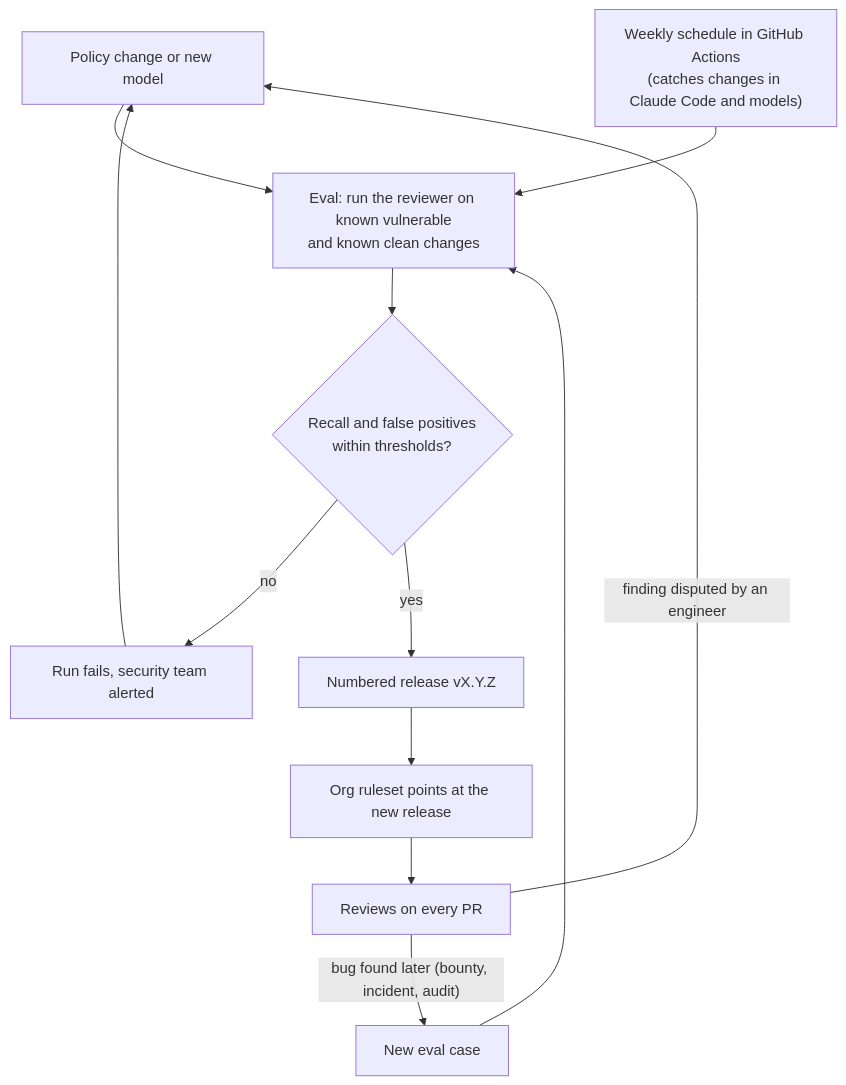
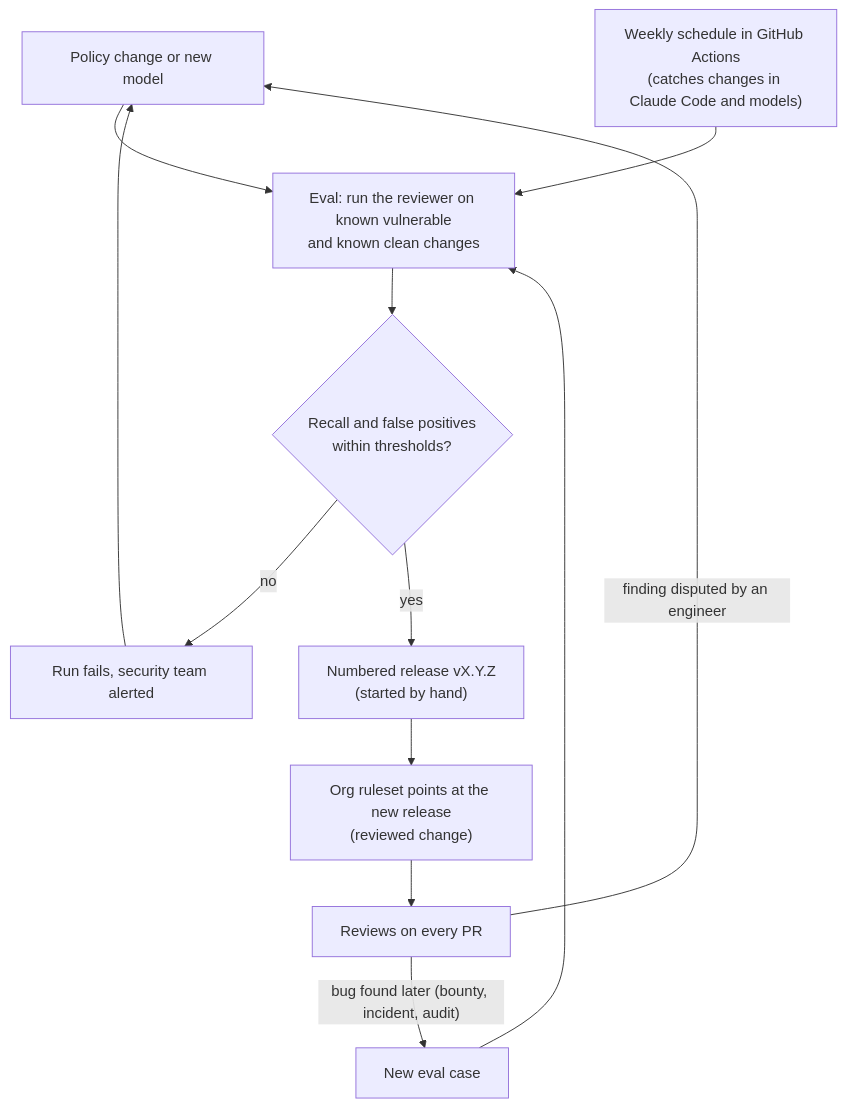
Before and after one commit to ssc-telec-corp/agentic-reviewer: the second of 2 diagrams in docs/README.md, drawn with Mermaid. The commit also changed other lines of this file and 11 other files, not shown here.

````diff
--- a/docs/README.md
+++ b/docs/README.md
@@ -37,14 +37,14 @@
 ```mermaid
 flowchart TD
     P["Policy change or new model"] --> E["Eval: run the reviewer on known vulnerable<br/>and known clean changes"]
     C["New eval case"] --> E
     S["Weekly schedule in GitHub Actions<br/>(catches changes in Claude Code and models)"] --> E
     E --> T{"Recall and false positives<br/>within thresholds?"}
     T -- "no" --> X["Run fails, security team alerted"]
     X --> P
-    T -- "yes" --> R["Numbered release vX.Y.Z"]
-    R --> O["Org ruleset points at the new release"]
+    T -- "yes" --> R["Numbered release vX.Y.Z<br/>(started by hand)"]
+    R --> O["Org ruleset points at the new release<br/>(reviewed change)"]
     O --> PR["Reviews on every PR"]
     PR -- "finding disputed by an engineer" --> P
     PR -- "bug found later (bounty, incident, audit)" --> C
 ```
````
